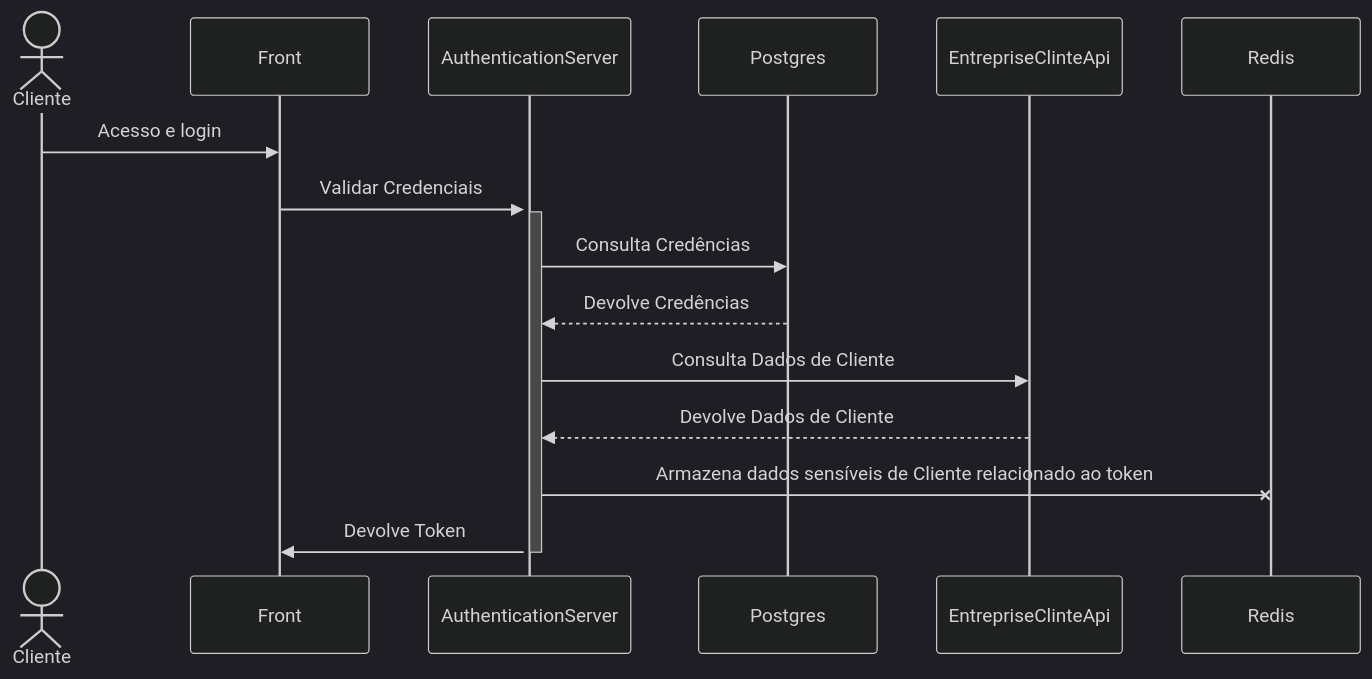
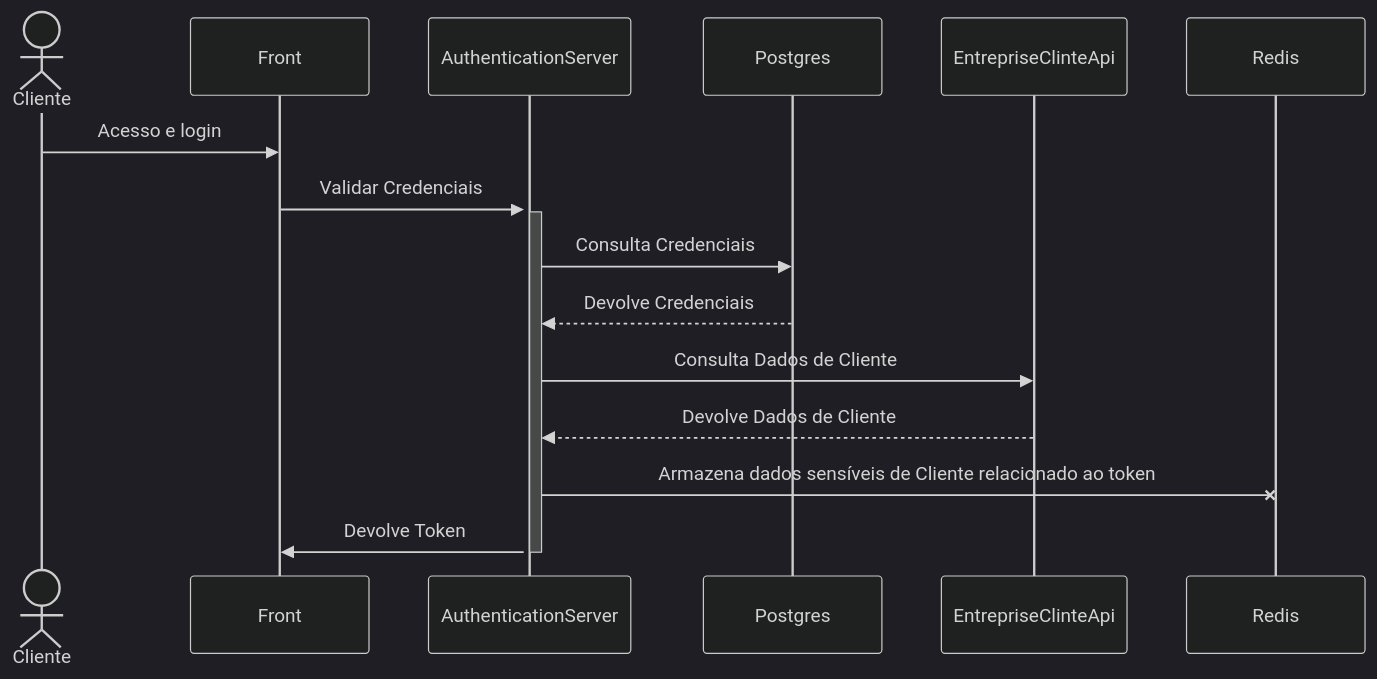
The first of 3 diagrams in README.md (thiagocbcunha/arch-solution), drawn with Mermaid (dark theme) before and after one commit. The commit also changed other lines of this file, not shown here.

````diff
--- a/README.md
+++ b/README.md
@@ -155,14 +161,14 @@
 ```mermaid
 sequenceDiagram
     actor Cliente
 
     Cliente->>Front: Acesso e login
     Front->>+AuthenticationServer: Validar Credenciais
     activate AuthenticationServer
-    AuthenticationServer->>Postgres: Consulta Credências
-    Postgres-->>AuthenticationServer: Devolve Credências
+    AuthenticationServer->>Postgres: Consulta Credenciais
+    Postgres-->>AuthenticationServer: Devolve Credenciais
     AuthenticationServer->>EntrepriseClinteApi: Consulta Dados de Cliente
     EntrepriseClinteApi-->>AuthenticationServer: Devolve Dados de Cliente
     AuthenticationServer-XRedis: Armazena dados sensíveis de Cliente relacionado ao token
     AuthenticationServer->>-Front: Devolve Token
 ```
````
